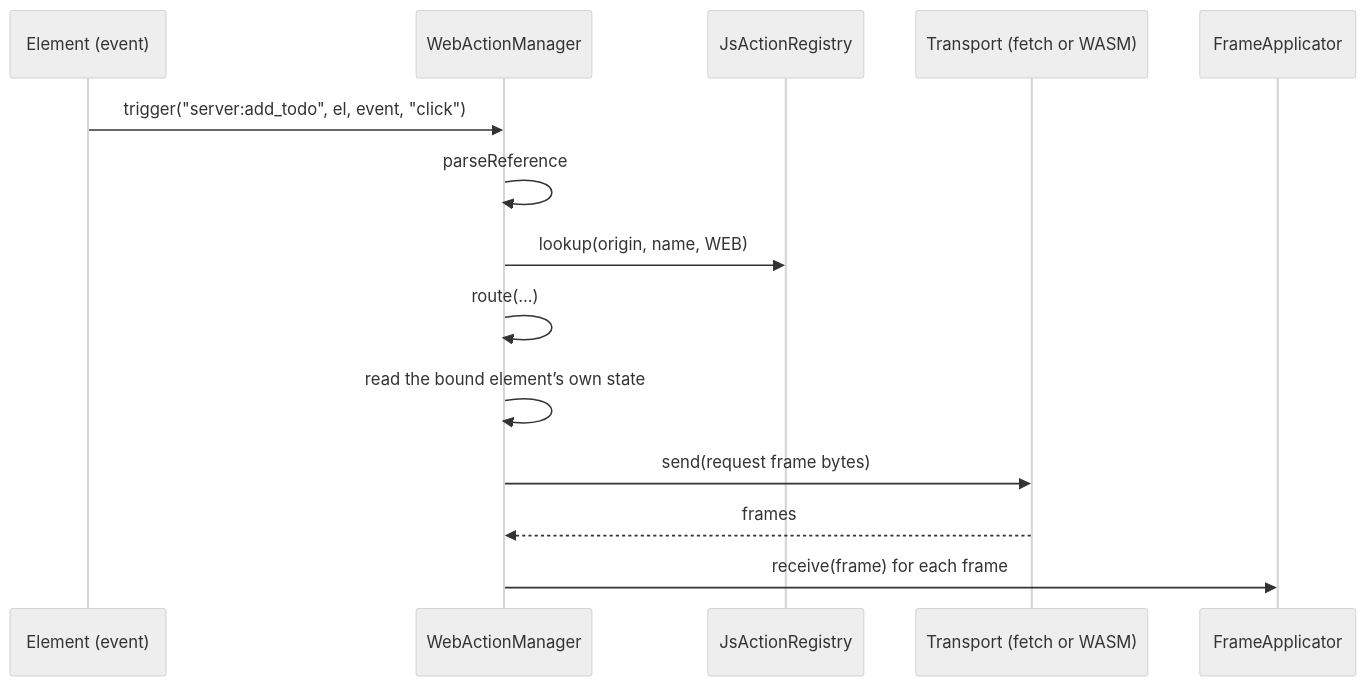
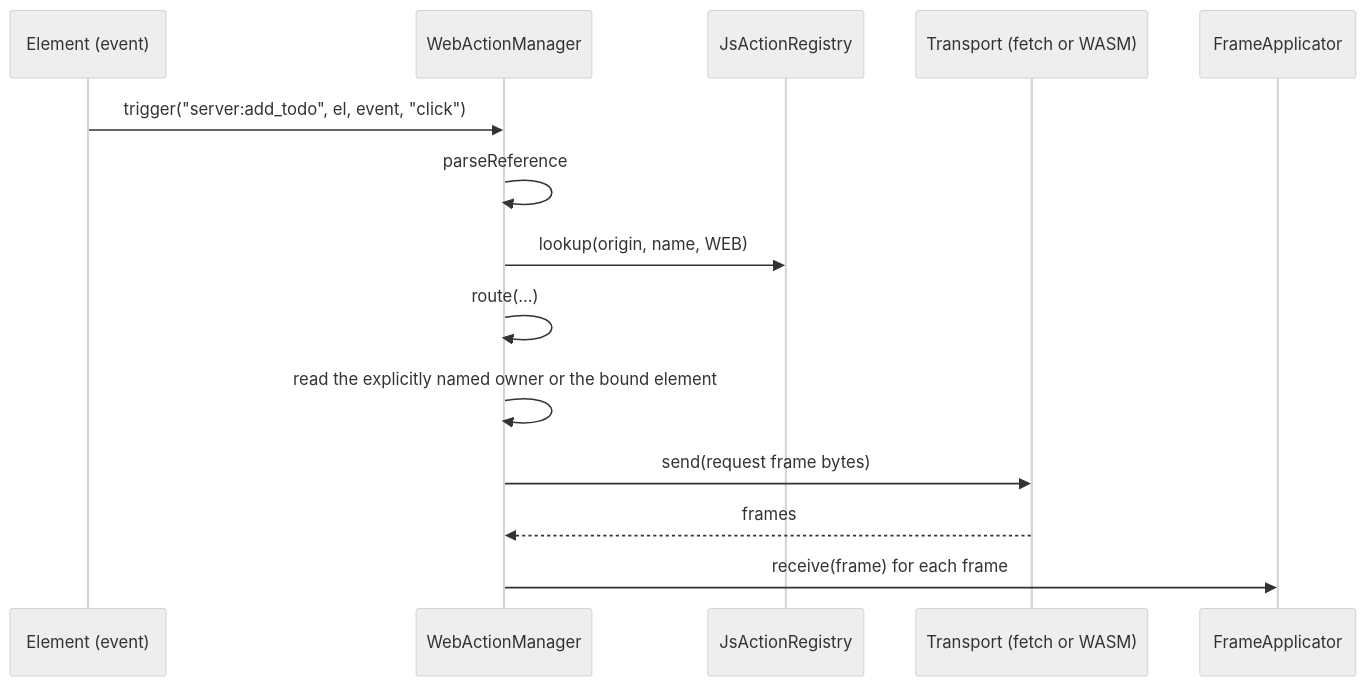
The diagram in specifications/69-foundation-ui-v2/features/10-web-action-manager/feature.md (ewe-studios/ewe_platform), drawn with Mermaid (neutral theme) before and after one commit. The commit also changed other lines of this file and 9 other files, not shown here.

````diff
--- a/specifications/69-foundation-ui-v2/features/10-web-action-manager/feature.md
+++ b/specifications/69-foundation-ui-v2/features/10-web-action-manager/feature.md
@@ -426,16 +431,16 @@
 ```mermaid
 sequenceDiagram
     participant E as Element (event)
     participant M as WebActionManager
     participant R as JsActionRegistry
     participant T as Transport (fetch or WASM)
     participant F as FrameApplicator
     E->>M: trigger("server:add_todo", el, event, "click")
     M->>M: parseReference
     M->>R: lookup(origin, name, WEB)
     M->>M: route(...)
-    M->>M: read the bound element’s own state
+    M->>M: read the explicitly named owner or the bound element
     M->>T: send(request frame bytes)
     T-->>M: frames
     M->>F: receive(frame) for each frame
 ```
````
